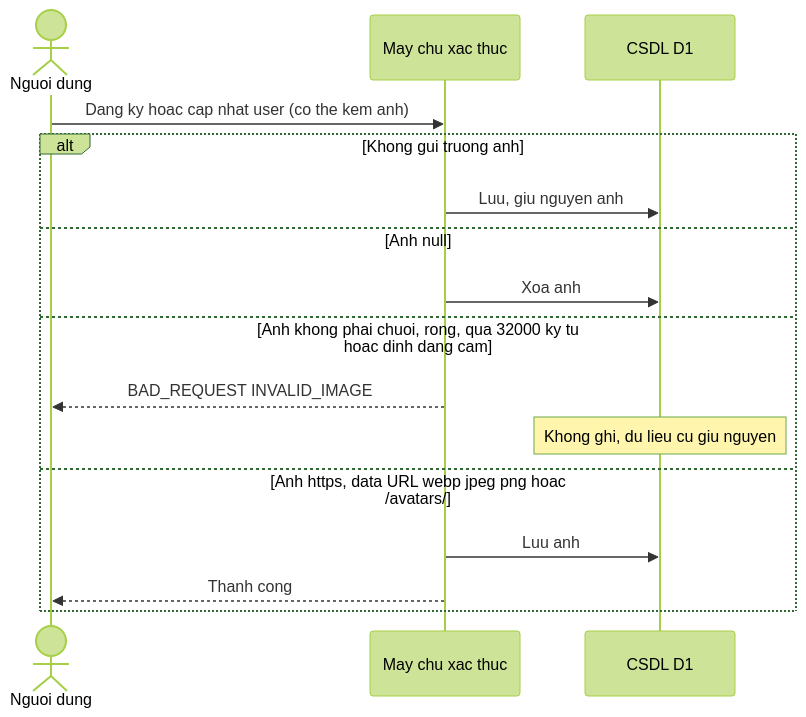
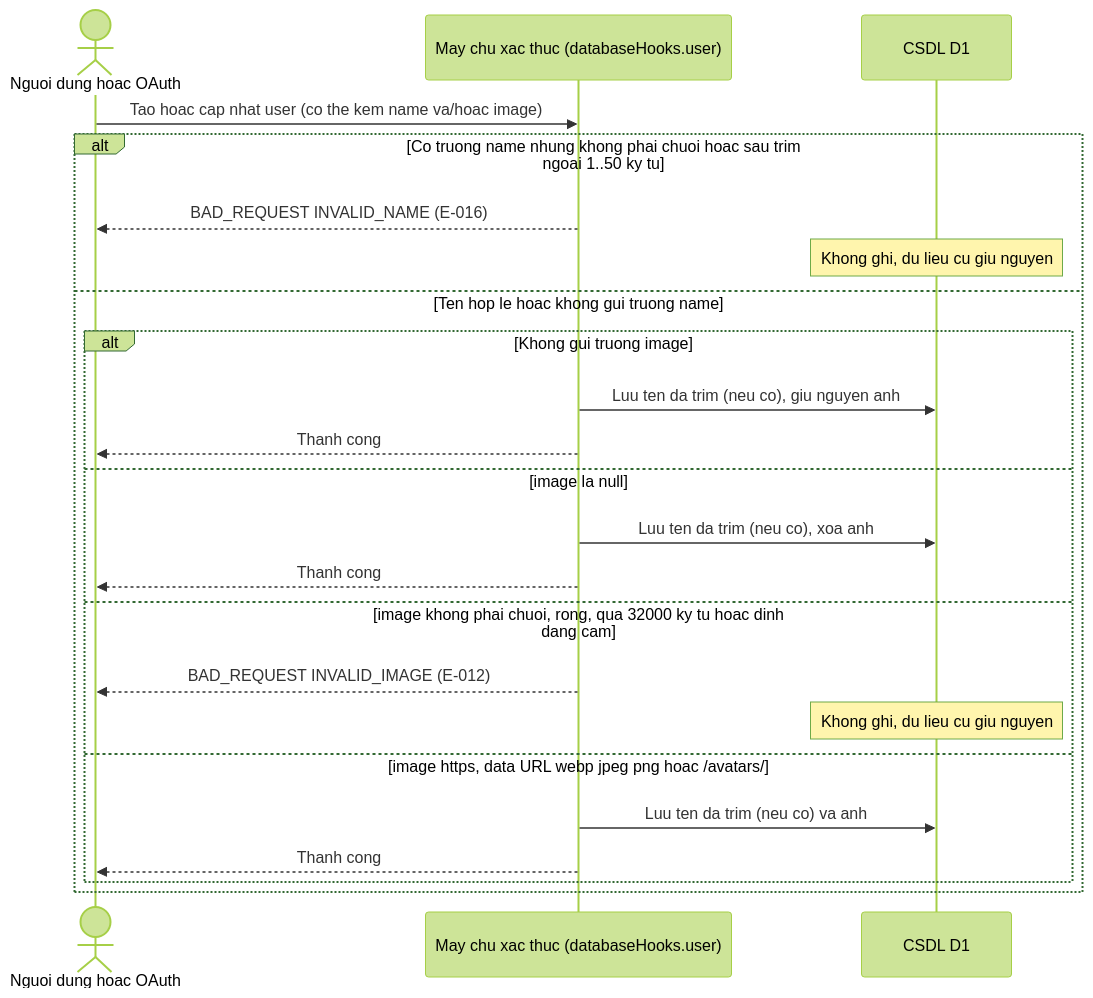
Diagram 13 of 14 in docs/_reverse/auth-account/srs/auth-account-reverse-flows.md (vinh19410/vox-flow), drawn with Mermaid (forest theme) before and after one commit. The commit also changed other lines of this file and 14 other files, not shown here.

````diff
--- a/docs/_reverse/auth-account/srs/auth-account-reverse-flows.md
+++ b/docs/_reverse/auth-account/srs/auth-account-reverse-flows.md
@@ -327,18 +335,25 @@
 ```mermaid
 sequenceDiagram
-    actor N as Nguoi dung
-    participant S as May chu xac thuc
+    actor N as Nguoi dung hoac OAuth
+    participant S as May chu xac thuc (databaseHooks.user)
     participant D as CSDL D1
-    N->>S: Dang ky hoac cap nhat user (co the kem anh)
-    alt Khong gui truong anh
-        S->>D: Luu, giu nguyen anh
-    else Anh null
-        S->>D: Xoa anh
-    else Anh khong phai chuoi, rong, qua 32000 ky tu hoac dinh dang cam
-        S-->>N: BAD_REQUEST INVALID_IMAGE
+    N->>S: Tao hoac cap nhat user (co the kem name va/hoac image)
+    alt Co truong name nhung khong phai chuoi hoac sau trim ngoai 1..50 ky tu
+        S-->>N: BAD_REQUEST INVALID_NAME (E-016)
         Note over D: Khong ghi, du lieu cu giu nguyen
-    else Anh https, data URL webp jpeg png hoac /avatars/
-        S->>D: Luu anh
-        S-->>N: Thanh cong
+    else Ten hop le hoac khong gui truong name
+        alt Khong gui truong image
+            S->>D: Luu ten da trim (neu co), giu nguyen anh
+            S-->>N: Thanh cong
+        else image la null
+            S->>D: Luu ten da trim (neu co), xoa anh
+            S-->>N: Thanh cong
+        else image khong phai chuoi, rong, qua 32000 ky tu hoac dinh dang cam
+            S-->>N: BAD_REQUEST INVALID_IMAGE (E-012)
+            Note over D: Khong ghi, du lieu cu giu nguyen
+        else image https, data URL webp jpeg png hoac /avatars/
+            S->>D: Luu ten da trim (neu co) va anh
+            S-->>N: Thanh cong
+        end
     end
 ```
````
